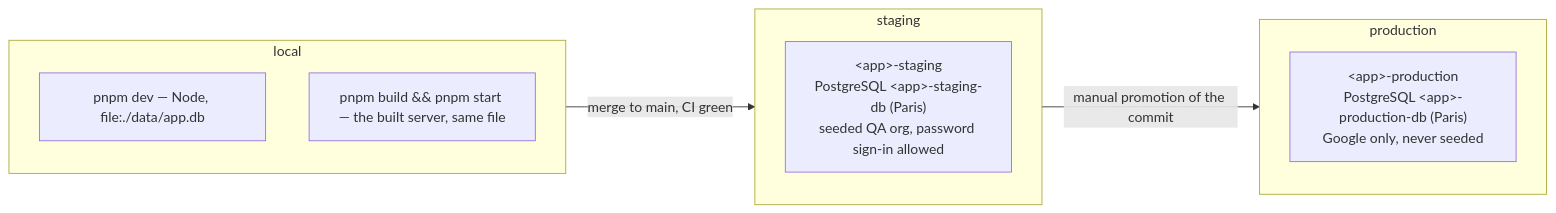
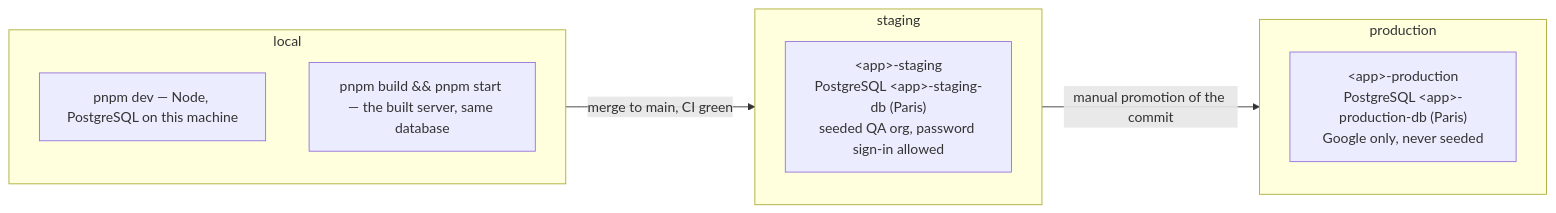
Before and after one commit to anbergem/seating-arrangement: diagram 13 of 14 in ARCHITECTURE.md, drawn with Mermaid. The commit also changed other lines of this file and 54 other files, not shown here.

First line of the commit message:
chore(deps): agent-native 0.198.2, and PostgreSQL in every environment

````diff
--- a/ARCHITECTURE.md
+++ b/ARCHITECTURE.md
@@ -575,15 +575,15 @@
 ```mermaid
 flowchart LR
   subgraph LOCAL["local"]
-    L1["pnpm dev — Node, file:./data/app.db"]
-    L2["pnpm build &amp;&amp; pnpm start — the built server, same file"]
+    L1["pnpm dev — Node, PostgreSQL on this machine"]
+    L2["pnpm build &amp;&amp; pnpm start — the built server, same database"]
   end
   subgraph STAGING["staging"]
     S["&lt;app&gt;-staging<br/>PostgreSQL &lt;app&gt;-staging-db (Paris)<br/>seeded QA org, password sign-in allowed"]
   end
   subgraph PRODUCTION["production"]
     P["&lt;app&gt;-production<br/>PostgreSQL &lt;app&gt;-production-db (Paris)<br/>Google only, never seeded"]
   end
   LOCAL -->|"merge to main, CI green"| STAGING
   STAGING -->|"manual promotion of the commit"| PRODUCTION
 ```
````
